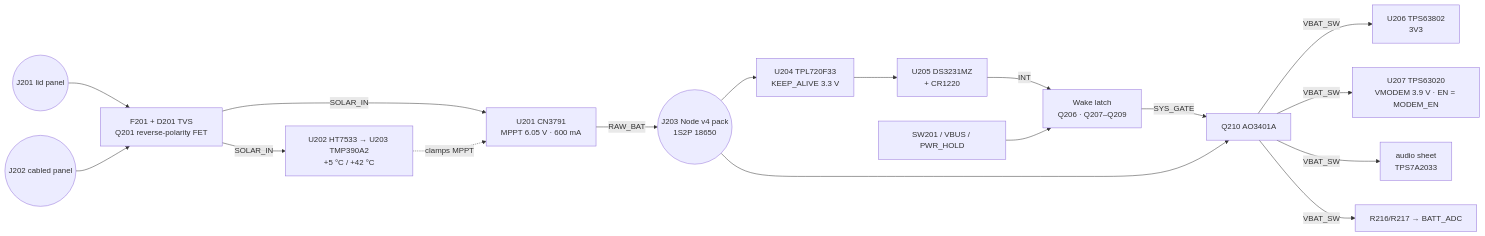
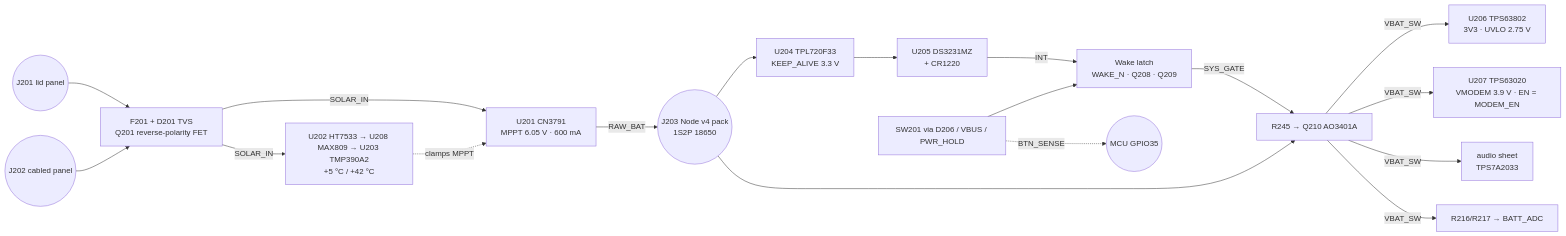
The diagram in hardware/power/README.md (armsto88/Auris), drawn with Mermaid before and after one commit. The commit also changed other lines of this file and 26 other files, not shown here.

````diff
--- a/hardware/power/README.md
+++ b/hardware/power/README.md
@@ -20,19 +20,20 @@
 ```mermaid
 flowchart LR
   P1((J201 lid panel)) --> PIN
   P2((J202 cabled panel)) --> PIN[F201 + D201 TVS<br/>Q201 reverse-polarity FET]
   PIN -- SOLAR_IN --> CHG[U201 CN3791<br/>MPPT 6.05 V · 600 mA]
-  PIN -- SOLAR_IN --> CUT[U202 HT7533 → U203 TMP390A2<br/>+5 °C / +42 °C]
+  PIN -- SOLAR_IN --> CUT[U202 HT7533 → U208 MAX809 → U203 TMP390A2<br/>+5 °C / +42 °C]
   CUT -. clamps MPPT .-> CHG
   CHG -- RAW_BAT --> BAT((J203 Node v4 pack<br/>1S2P 18650))
   BAT --> KA[U204 TPL720F33<br/>KEEP_ALIVE 3.3 V]
   KA --> RTC[U205 DS3231MZ<br/>+ CR1220]
-  RTC -- INT --> LATCH[Wake latch<br/>Q206 · Q207–Q209]
-  BTN[SW201 / VBUS / PWR_HOLD] --> LATCH
-  LATCH -- SYS_GATE --> SW[Q210 AO3401A]
+  RTC -- INT --> LATCH[Wake latch<br/>WAKE_N · Q208 · Q209]
+  BTN[SW201 via D206 / VBUS / PWR_HOLD] --> LATCH
+  BTN -. BTN_SENSE .-> MCU((MCU GPIO35))
+  LATCH -- SYS_GATE --> SW[R245 → Q210 AO3401A]
   BAT --> SW
-  SW -- VBAT_SW --> R3[U206 TPS63802<br/>3V3]
+  SW -- VBAT_SW --> R3[U206 TPS63802<br/>3V3 · UVLO 2.75 V]
   SW -- VBAT_SW --> RM[U207 TPS63020<br/>VMODEM 3.9 V · EN = MODEM_EN]
   SW -- VBAT_SW --> AUD[audio sheet<br/>TPS7A2033]
   SW -- VBAT_SW --> BS[R216/R217 → BATT_ADC]
 ```
````
